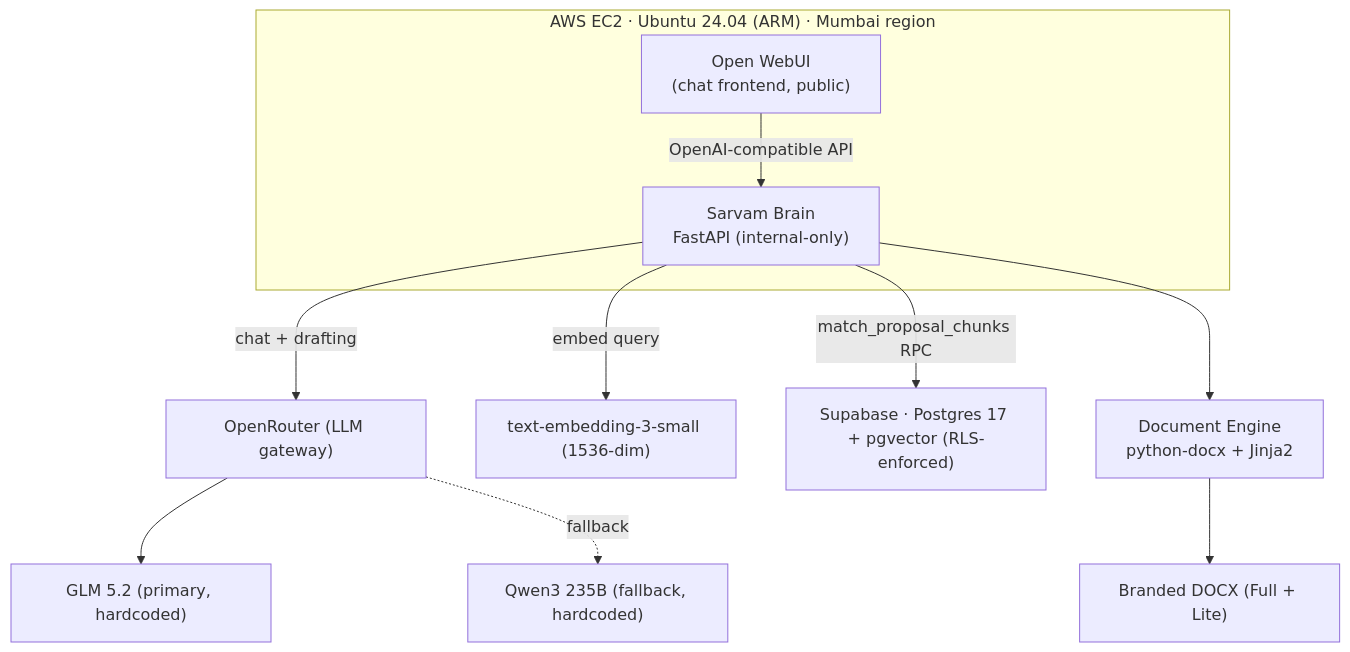
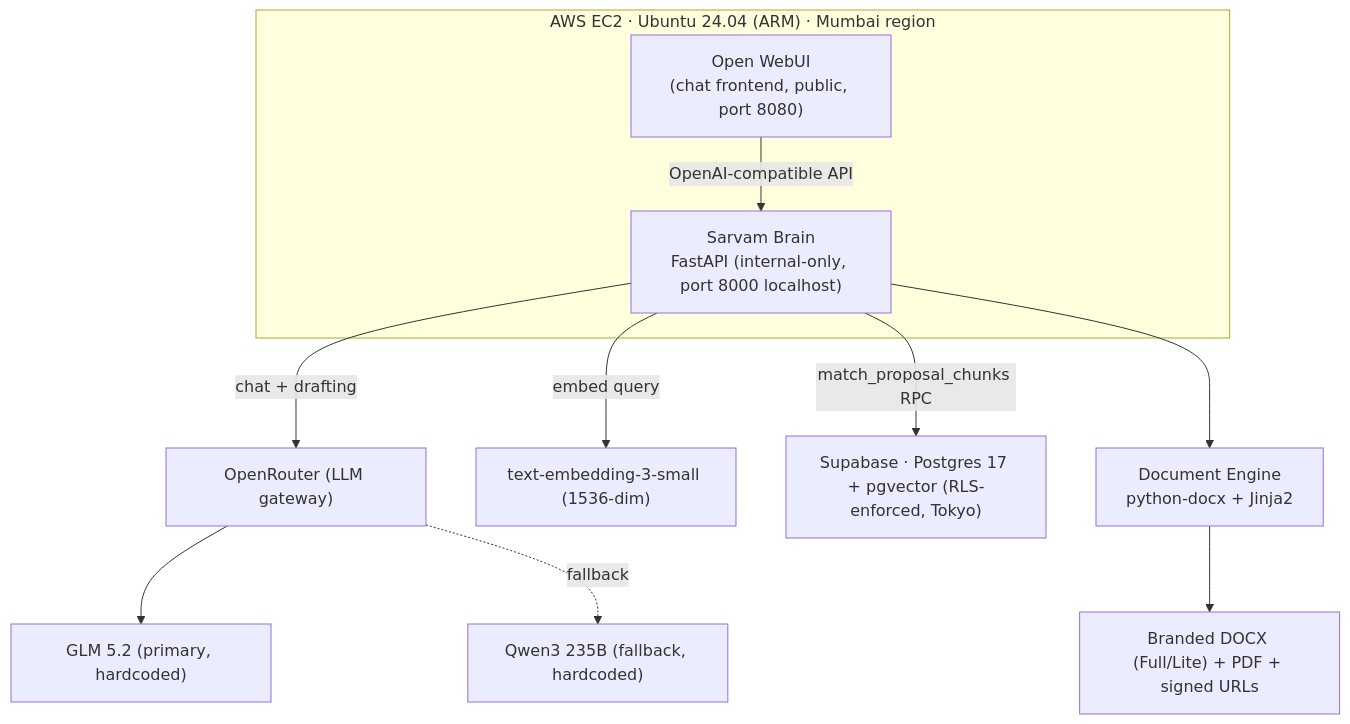
One commit to imranshaikh-commits/iv-sarvam changed the diagram in docs/HANDOVER.md. Above: the diagram before and after it, drawn with Mermaid. The commit also changed other lines of this file, not shown here.

Commit message:
docs(handover): comprehensive rewrite — full current state, Round 3, NoneType bug, in-flight full-depth probe, live-validation results; public-safe (no IP/ref/keys)

````diff
--- a/docs/HANDOVER.md
+++ b/docs/HANDOVER.md
@@ -121,20 +76,20 @@
 ```mermaid
 flowchart TB
     subgraph EC2["AWS EC2 · Ubuntu 24.04 (ARM) · Mumbai region"]
-        OWUI["Open WebUI<br/>(chat frontend, public)"]
-        BRAIN["Sarvam Brain<br/>FastAPI (internal-only)"]
+        OWUI["Open WebUI<br/>(chat frontend, public, port 8080)"]
+        BRAIN["Sarvam Brain<br/>FastAPI (internal-only, port 8000 localhost)"]
         OWUI -->|OpenAI-compatible API| BRAIN
     end
     ROUTER["OpenRouter (LLM gateway)"]
     GLM["GLM 5.2 (primary, hardcoded)"]
     QWEN["Qwen3 235B (fallback, hardcoded)"]
     EMB["text-embedding-3-small (1536-dim)"]
-    SB["Supabase · Postgres 17 + pgvector (RLS-enforced)"]
+    SB["Supabase · Postgres 17 + pgvector (RLS-enforced, Tokyo)"]
     BRAIN -->|chat + drafting| ROUTER
     ROUTER --> GLM
     ROUTER -.fallback.-> QWEN
     BRAIN -->|embed query| EMB
     BRAIN -->|match_proposal_chunks RPC| SB
     BRAIN --> DOCS["Document Engine<br/>python-docx + Jinja2"]
-    DOCS --> DOCX["Branded DOCX (Full + Lite)"]
+    DOCS --> DOCX["Branded DOCX (Full/Lite) + PDF + signed URLs"]
 ```
````
